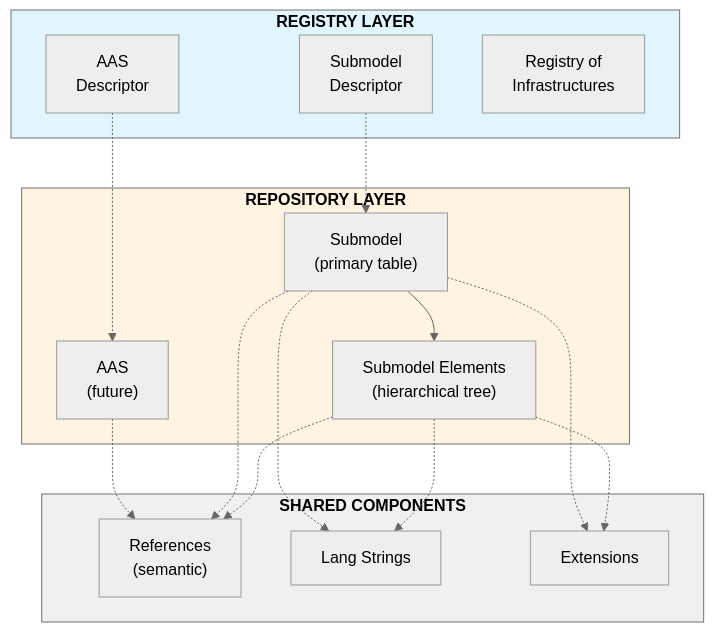
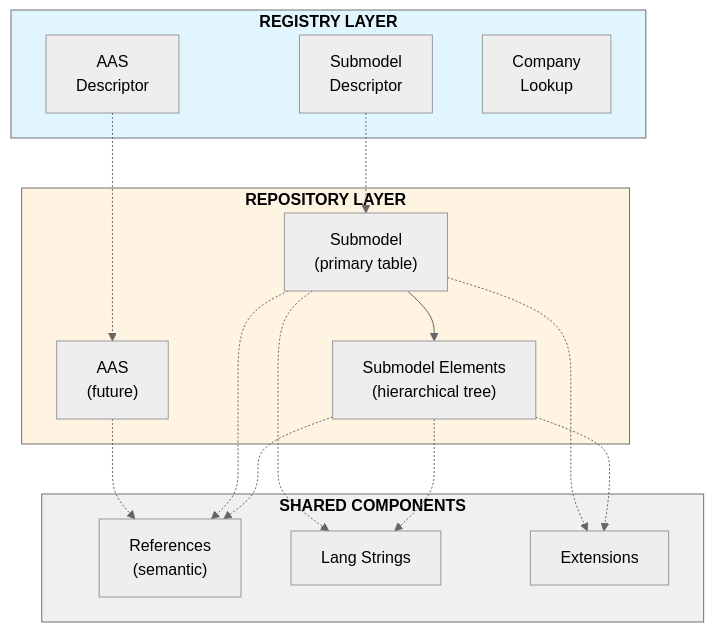
The diagram in docu/basyx-database-wiki/README.md (eclipse-basyx/basyx-go-components), drawn with Mermaid (neutral theme) before and after one commit. The commit also changed 112 other files, not shown here.

````diff
--- a/docu/basyx-database-wiki/README.md
+++ b/docu/basyx-database-wiki/README.md
@@ -28,38 +28,38 @@
 ```mermaid
 graph TB
     subgraph REGISTRY["<b style='color: black;'>REGISTRY LAYER</b>"]
         AASD["AAS<br/>Descriptor"]
         SMD["Submodel<br/>Descriptor"]
-        ROI["Registry of<br/>Infrastructures"]
+        ROI["Company<br/>Lookup"]
     end
     
     subgraph REPOSITORY["<b style='color: black'>REPOSITORY LAYER</b>"]
         AAS["AAS<br/>(future)"]
         SM["Submodel<br/>(primary table)"]
         SME["Submodel Elements<br/>(hierarchical tree)"]
         SM --> SME
     end
     
     subgraph SHARED["<b style='color: black'>SHARED COMPONENTS</b>"]
         REF["References<br/>(semantic)"]
         LANG["Lang Strings<br/>"]
         EXT["Extensions<br/>"]
     end
     
     AASD -.-> AAS
     SMD -.-> SM
     
     AAS -.-> REF
     SM -.-> REF
     SME -.-> REF
     
     SM -.-> LANG
     SME -.-> LANG
     
     SM -.-> EXT
     SME -.-> EXT
     
     style REGISTRY fill:#e1f5ff
     style REPOSITORY fill:#fff4e1
     style SHARED fill:#f0f0f0
 ```
````
